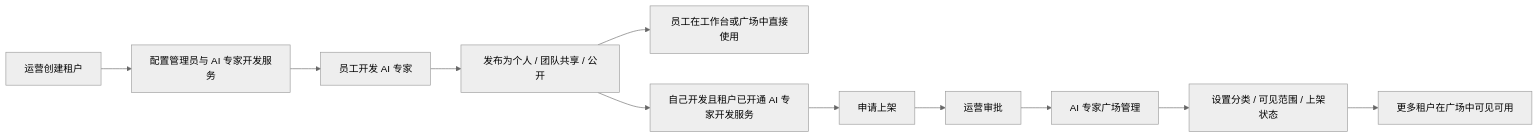
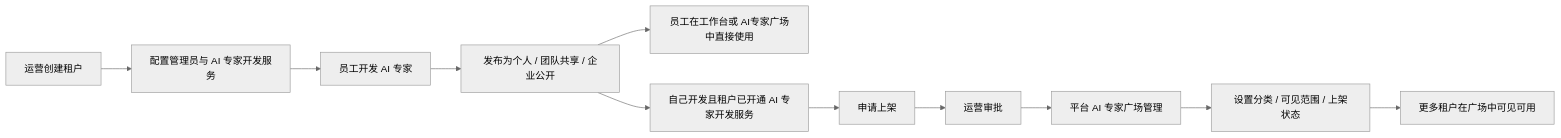
Before and after one commit to wanquanY/Frontis_prd: the first of 4 diagrams in Frontis AI · 完整 PRD V2.md, drawn with Mermaid (neutral theme). The commit also changed other lines of this file and 8 other files, not shown here.

````diff
--- a/Frontis AI · 完整 PRD V2.md
+++ b/Frontis AI · 完整 PRD V2.md
@@ -61,13 +62,13 @@
 ```mermaid
 flowchart LR
   A["运营创建租户"] --> B["配置管理员与 AI 专家开发服务"]
   B --> C["员工开发 AI 专家"]
-  C --> D["发布为个人 / 团队共享 / 公开"]
-  D --> E["员工在工作台或广场中直接使用"]
+  C --> D["发布为个人 / 团队共享 / 企业公开"]
+  D --> E["员工在工作台或 AI专家广场中直接使用"]
   D --> F["自己开发且租户已开通 AI 专家开发服务"]
   F --> G["申请上架"]
   G --> H["运营审批"]
-  H --> I["AI 专家广场管理"]
+  H --> I["平台 AI 专家广场管理"]
   I --> J["设置分类 / 可见范围 / 上架状态"]
   J --> K["更多租户在广场中可见可用"]
 ```
````
